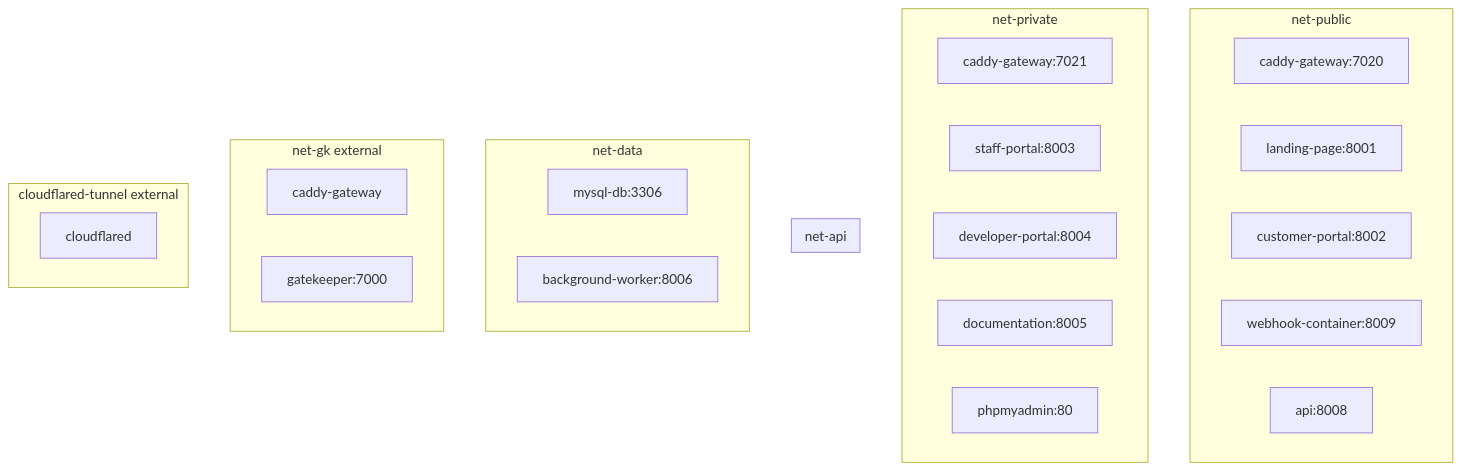
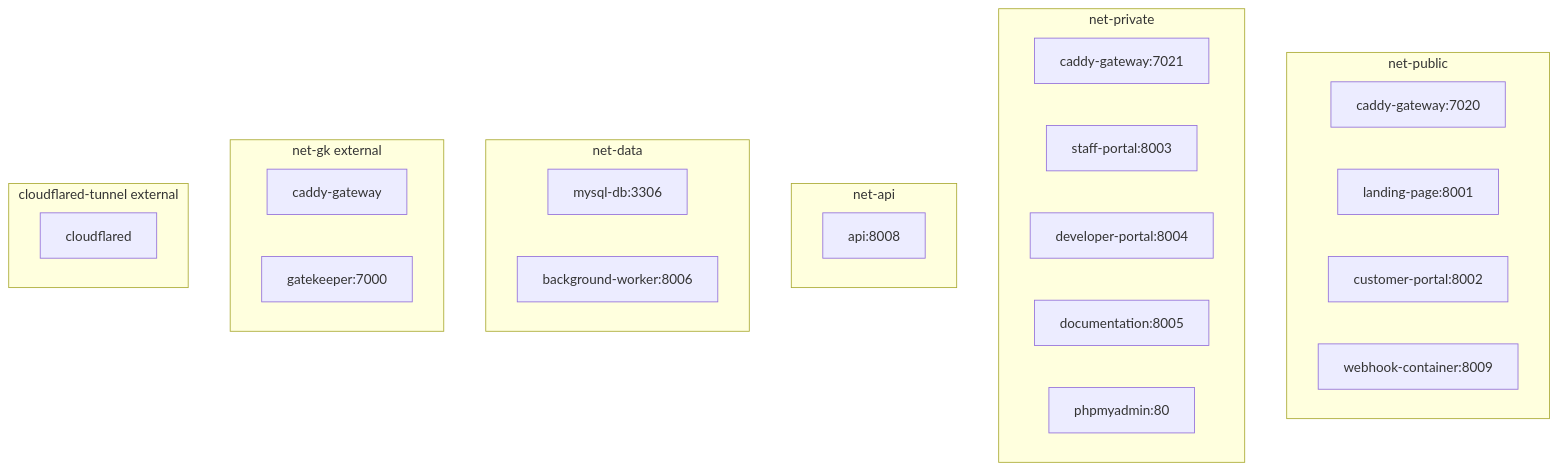
One commit to NovaProtocol/WaterBillingSystem changed the diagram in documentation/docs/bill-server/deployment.md. Above: the diagram before and after it, drawn with Mermaid. The commit also changed 2 other files, not shown here.

Commit message:
docs: move API node to net-data subgraph in all architecture diagrams

````diff
--- a/documentation/docs/bill-server/deployment.md
+++ b/documentation/docs/bill-server/deployment.md
@@ -50,44 +50,43 @@
 ```mermaid
 graph TB
     subgraph "net-public"
         C1[caddy-gateway:7020]
         LP[landing-page:8001]
         CP[customer-portal:8002]
         WH[webhook-container:8009]
-        API[api:8008]
     end
 
     subgraph "net-private"
         C2[caddy-gateway:7021]
         SP[staff-portal:8003]
         DP[developer-portal:8004]
         DOC[documentation:8005]
         PMA[phpmyadmin:80]
     end
 
     subgraph "net-api"
         CP
         SP
         DP
         WH
         API
     end
 
     subgraph "net-data"
         DB[mysql-db:3306]
-        API
+        API[api:8008]
         WORKER[background-worker:8006]
         PMA
     end
 
     subgraph "net-gk external"
         CG[caddy-gateway]
         GK[gatekeeper:7000]
     end
 
     subgraph "cloudflared-tunnel external"
         C1
         C2
         CF[cloudflared]
     end
 ```
````
